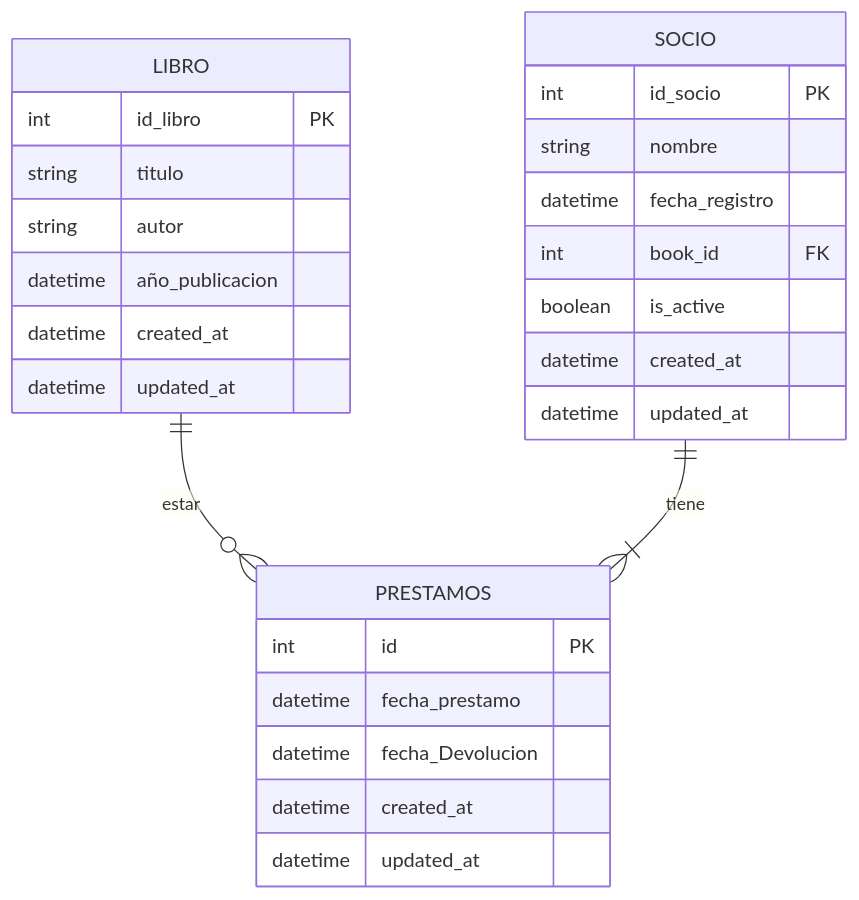
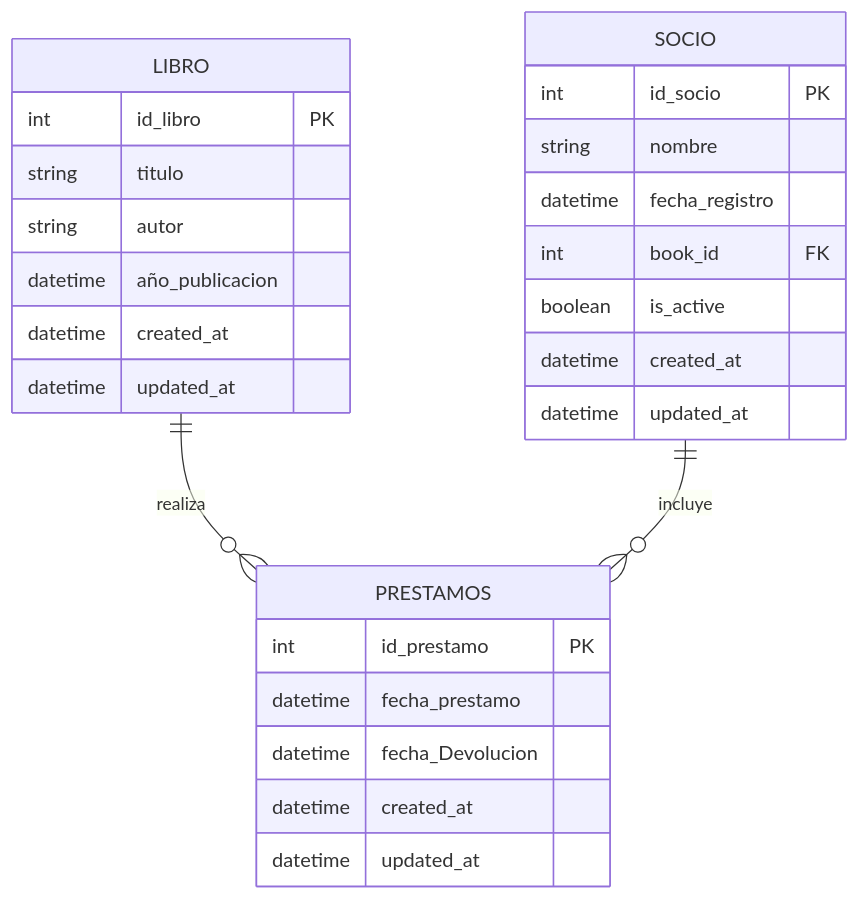
The diagram in server/Libros.md (Tomas-crypto14/sequelize-express-Prueba), drawn with Mermaid before and after one commit.

Commit message:
Actualizado

````diff
--- a/server/Libros.md
+++ b/server/Libros.md
@@ -1,29 +1,29 @@
 ```mermaid
 erDiagram
-LIBRO ||--o{ PRESTAMOS : estar
-SOCIO ||--|{ PRESTAMOS : tiene
+LIBRO ||--o{ PRESTAMOS : realiza
+SOCIO ||--o{ PRESTAMOS : incluye
     LIBRO {
         int id_libro PK
         string titulo
         string autor
         datetime año_publicacion
         datetime created_at
         datetime updated_at
     }
     SOCIO {
         int id_socio PK
         string nombre
         datetime fecha_registro
         int book_id FK
         boolean is_active
         datetime created_at
         datetime updated_at
     }
     PRESTAMOS {
-        int id PK
+        int id_prestamo PK
         datetime fecha_prestamo
         datetime fecha_Devolucion
         datetime created_at
         datetime updated_at
     }
 ```
````
